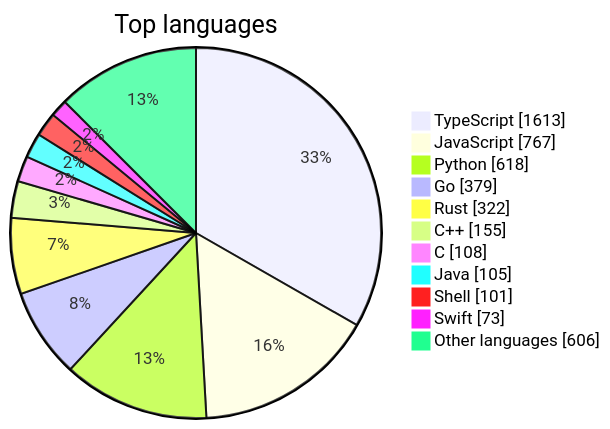
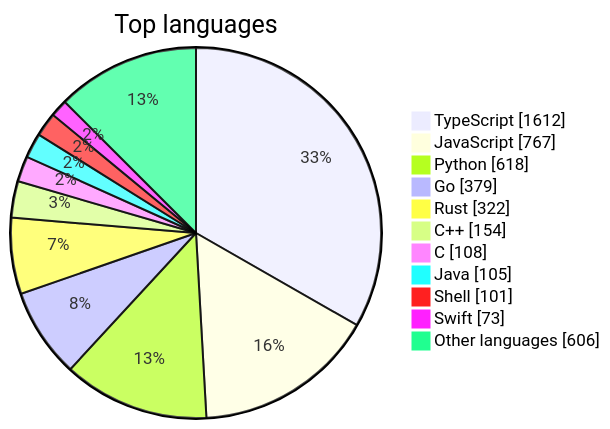
Before and after one commit to maxgfr/awesome-stars: the first of 2 diagrams in README.md, drawn with Mermaid. The commit also changed other lines of this file and 27 other files, not shown here.

````diff
--- a/README.md
+++ b/README.md
@@ -39,14 +39,14 @@
 ```mermaid
 pie showData title Top languages
-    "TypeScript" : 1613
+    "TypeScript" : 1612
     "JavaScript" : 767
     "Python" : 618
     "Go" : 379
     "Rust" : 322
-    "C++" : 155
+    "C++" : 154
     "C" : 108
     "Java" : 105
     "Shell" : 101
     "Swift" : 73
     "Other languages" : 606
 ```
````
